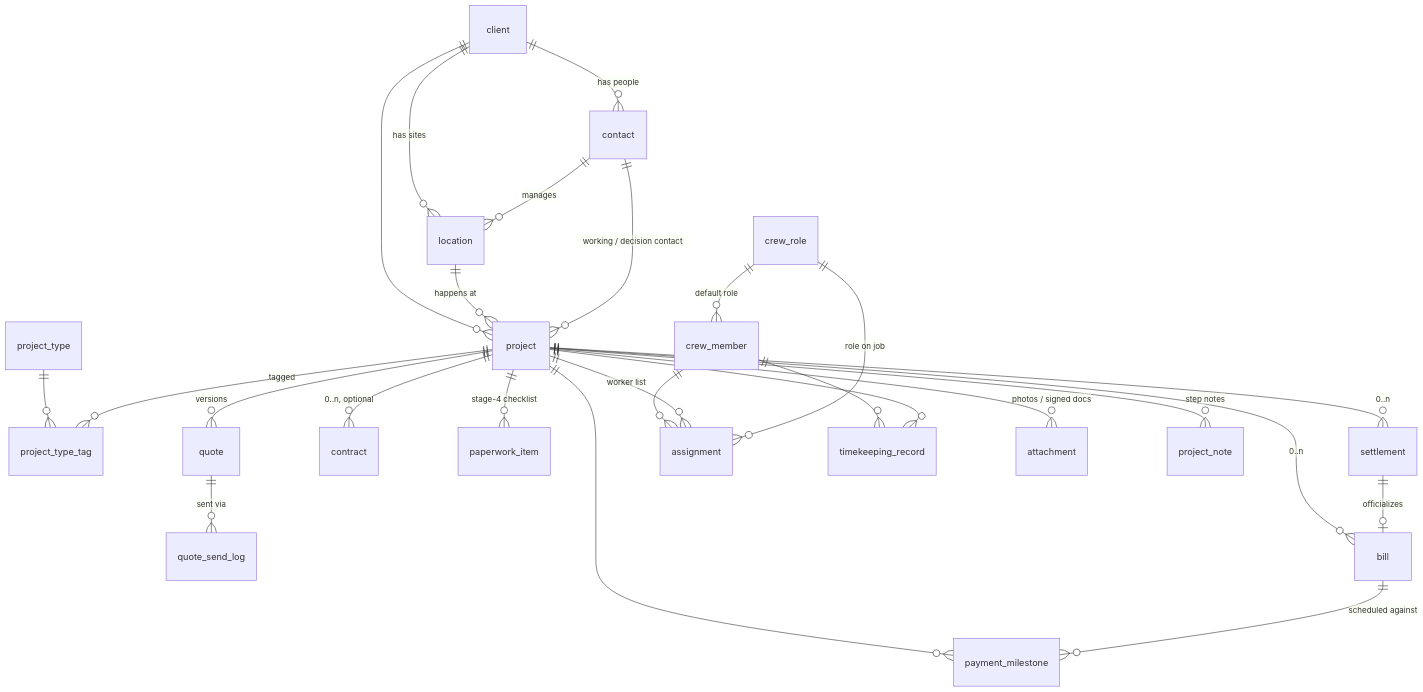
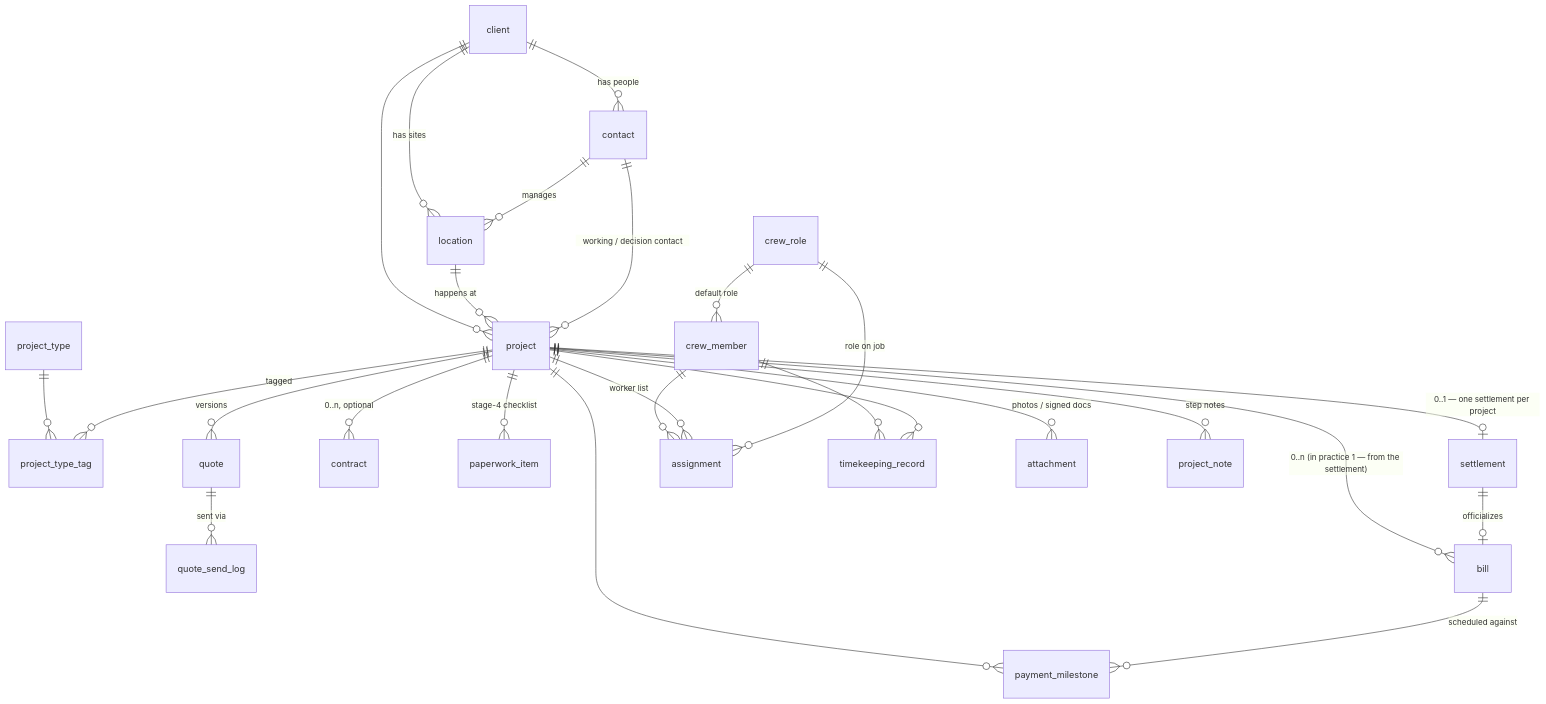
Before and after one commit to An-Y-The-Team/green-orange: the diagram in docs/features/crm-database-schema.md, drawn with Mermaid. The commit also changed other lines of this file and 9 other files, not shown here.

Commit message:
feat: implement 1:1 settlement model per project with unsign correction path

````diff
--- a/docs/features/crm-database-schema.md
+++ b/docs/features/crm-database-schema.md
@@ -45,31 +45,31 @@
 ```mermaid
 erDiagram
   client ||--o{ contact : "has people"
   client ||--o{ location : "has sites"
   contact ||--o{ location : "manages"
   client ||--o{ project : ""
   location ||--o{ project : "happens at"
   contact ||--o{ project : "working / decision contact"
 
   project_type ||--o{ project_type_tag : ""
   project ||--o{ project_type_tag : "tagged"
   project ||--o{ quote : "versions"
   quote ||--o{ quote_send_log : "sent via"
   project ||--o{ contract : "0..n, optional"
   project ||--o{ paperwork_item : "stage-4 checklist"
-  project ||--o{ settlement : "0..n"
-  project ||--o{ bill : "0..n"
+  project ||--o| settlement : "0..1 — one settlement per project"
+  project ||--o{ bill : "0..n (in practice 1 — from the settlement)"
   settlement ||--o| bill : "officializes"
   project ||--o{ payment_milestone : ""
   bill ||--o{ payment_milestone : "scheduled against"
 
   crew_role ||--o{ crew_member : "default role"
   crew_member ||--o{ assignment : ""
   project ||--o{ assignment : "worker list"
   crew_role ||--o{ assignment : "role on job"
   crew_member ||--o{ timekeeping_record : ""
   project ||--o{ timekeeping_record : ""
 
   project ||--o{ attachment : "photos / signed docs"
   project ||--o{ project_note : "step notes"
 ```
````
